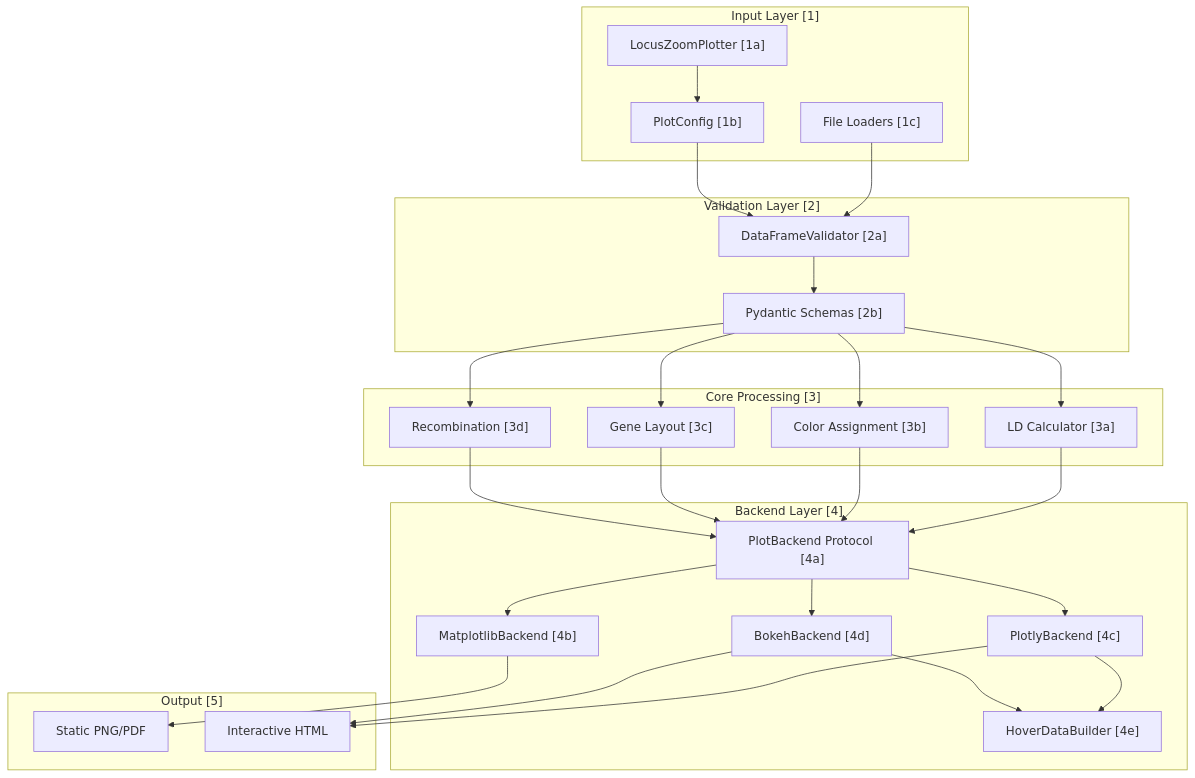
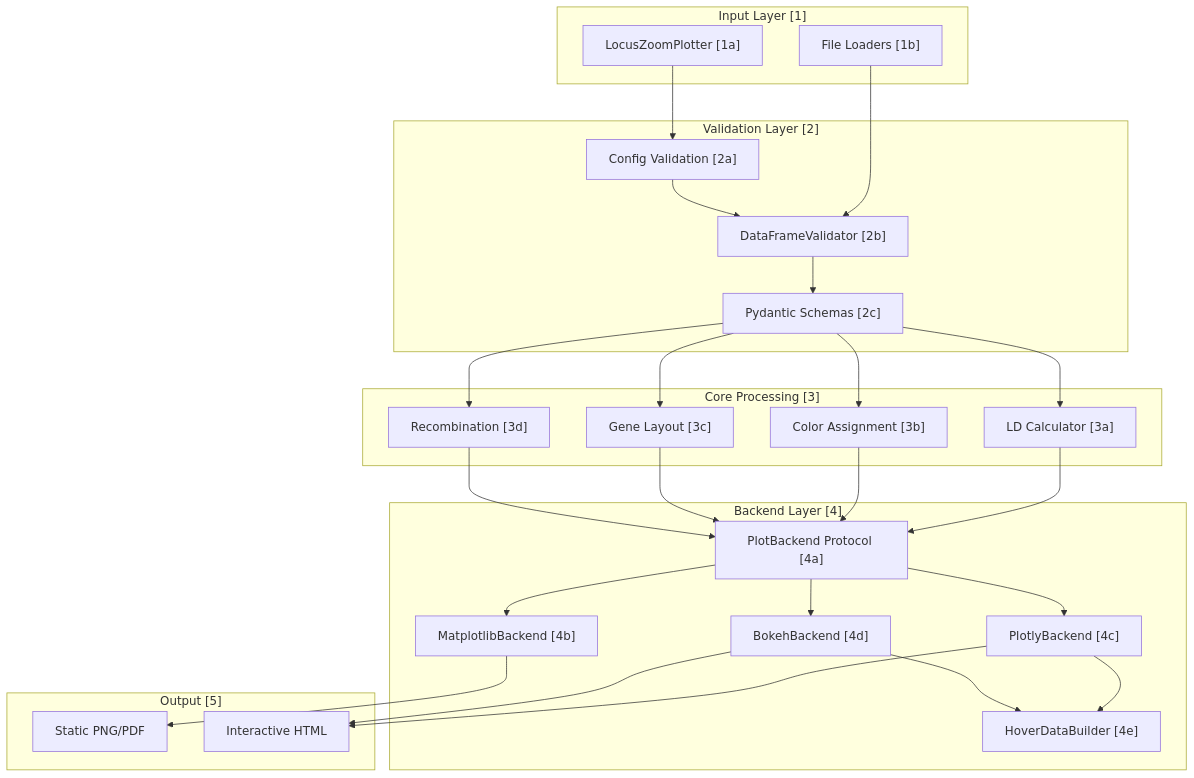
Before and after one commit to michael-denyer/pyLocusZoom: the first of 2 diagrams in docs/CODEMAP.md, drawn with Mermaid. The commit also changed other lines of this file and 7 other files, not shown here.

````diff
--- a/docs/CODEMAP.md
+++ b/docs/CODEMAP.md
@@ -7,54 +7,54 @@
 ```mermaid
 flowchart TB
     subgraph Input["Input Layer [1]"]
         A["LocusZoomPlotter [1a]"]
-        B["PlotConfig [1b]"]
-        C["File Loaders [1c]"]
+        C["File Loaders [1b]"]
     end
 
     subgraph Validation["Validation Layer [2]"]
-        D["DataFrameValidator [2a]"]
-        E["Pydantic Schemas [2b]"]
+        B["Config Validation [2a]"]
+        D["DataFrameValidator [2b]"]
+        E["Pydantic Schemas [2c]"]
     end
 
     subgraph Core["Core Processing [3]"]
         F["LD Calculator [3a]"]
         G["Color Assignment [3b]"]
         H["Gene Layout [3c]"]
         I["Recombination [3d]"]
     end
 
     subgraph Backends["Backend Layer [4]"]
         J["PlotBackend Protocol [4a]"]
         K["MatplotlibBackend [4b]"]
         L["PlotlyBackend [4c]"]
         M["BokehBackend [4d]"]
         N["HoverDataBuilder [4e]"]
     end
 
     subgraph Output["Output [5]"]
         O["Static PNG/PDF"]
         P["Interactive HTML"]
     end
 
     A --> B
     C --> D
     B --> D
     D --> E
     E --> F
     E --> G
     E --> H
     E --> I
     F --> J
     G --> J
     H --> J
     I --> J
     J --> K
     J --> L
     J --> M
     L --> N
     M --> N
     K --> O
     L --> P
     M --> P
 ```
````
